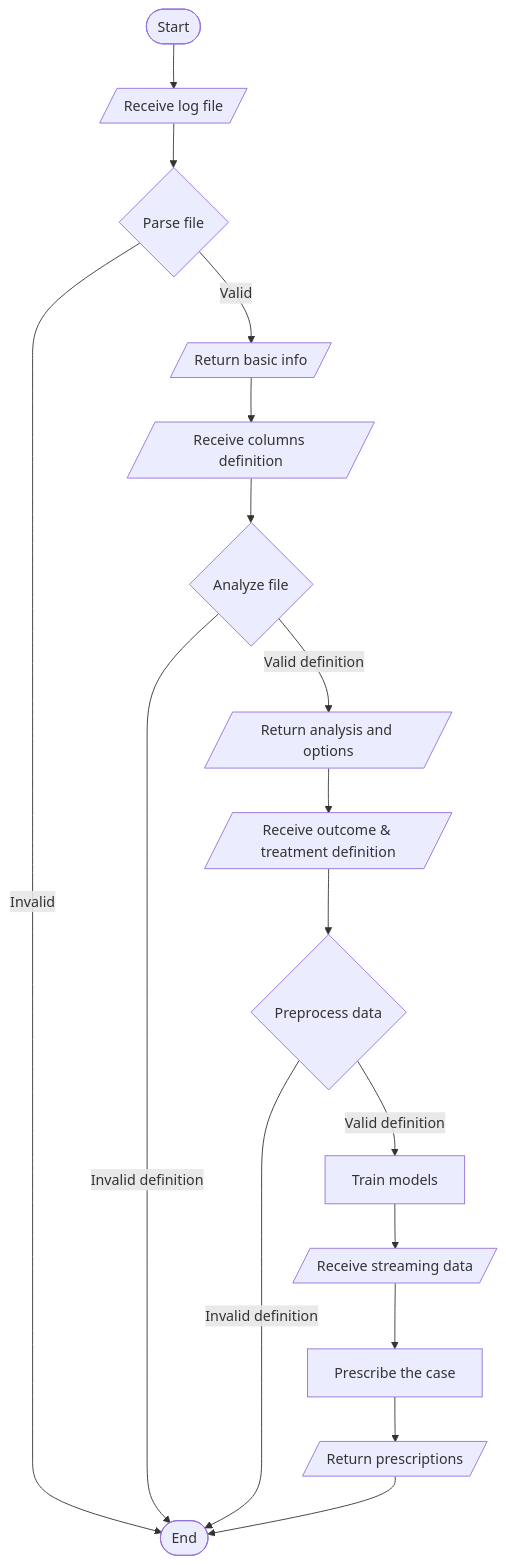
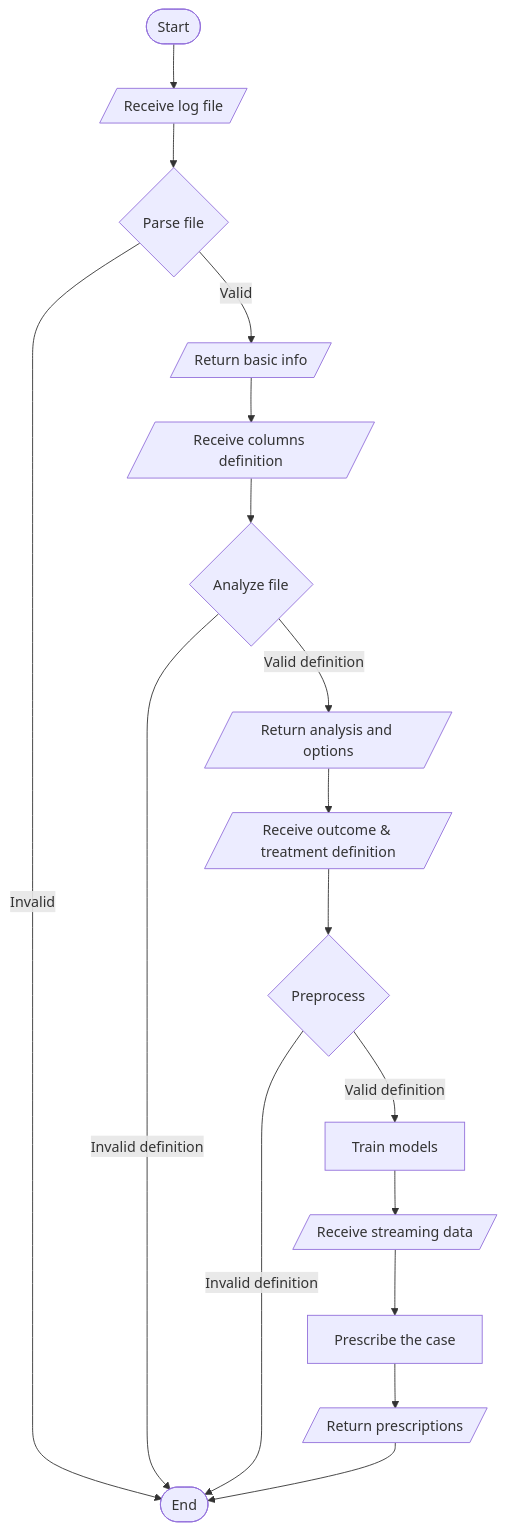
The diagram in content/workflow/_index.md (prcore/docs), drawn with Mermaid before and after one commit.

Commit message:
Site updated T 21 veebr 2023 19:59:13 EET ...

```diff
--- a/content/workflow/_index.md
+++ b/content/workflow/_index.md
@@ -8,19 +8,19 @@
 {{< mermaid class="text-center" >}}
 graph TB
     Start([Start]) --> Upload[/Receive log file/]
     Upload --> Parse{Parse file}
     Parse --> |Valid| Brief[/Return basic info/]
     Parse --> |Invalid| End([End])
     Brief --> ColumnsDefintion[/Receive columns definition/]
     ColumnsDefintion --> Analyze{Analyze file}
     Analyze --> |Valid definition| AnalyzeResult[/Return analysis and options/]
     Analyze --> |Invalid definition| End
     AnalyzeResult --> ProjectDefintion[/Receive outcome & treatment definition/]
-    ProjectDefintion --> Preprocess{Preprocess data}
+    ProjectDefintion --> Preprocess{Preprocess}
     Preprocess --> |Valid definition| Train[Train models]
     Preprocess --> |Invalid definition| End
     Train --> Streaming[/Receive streaming data/]
     Streaming --> Prescribe[Prescribe the case]
     Prescribe --> Result[/Return prescriptions/]
     Result --> End
 {{< /mermaid >}}
```
